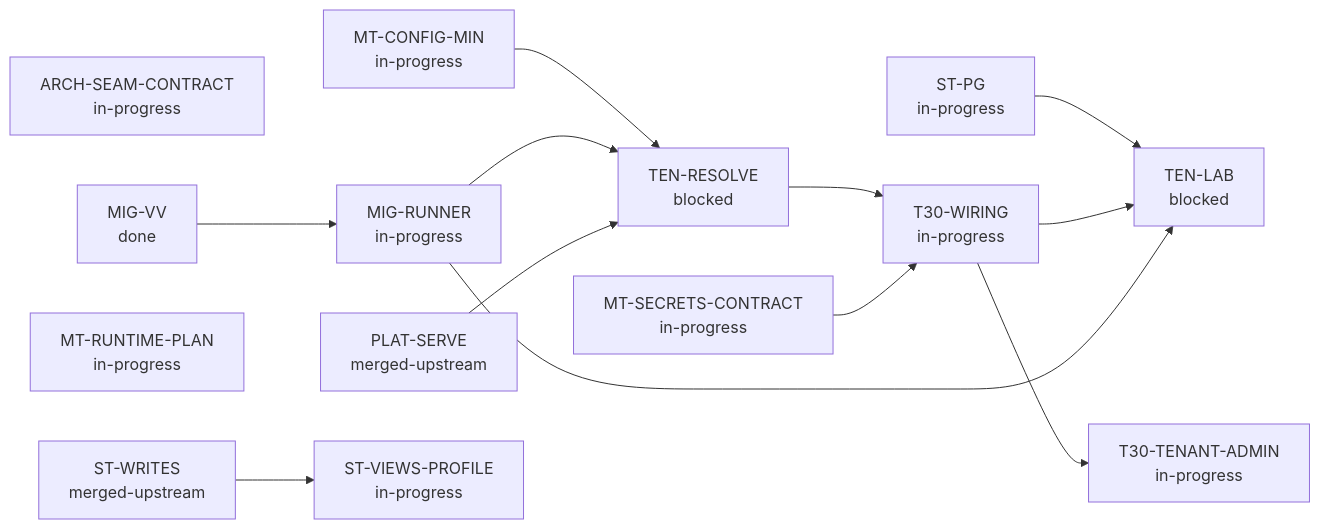
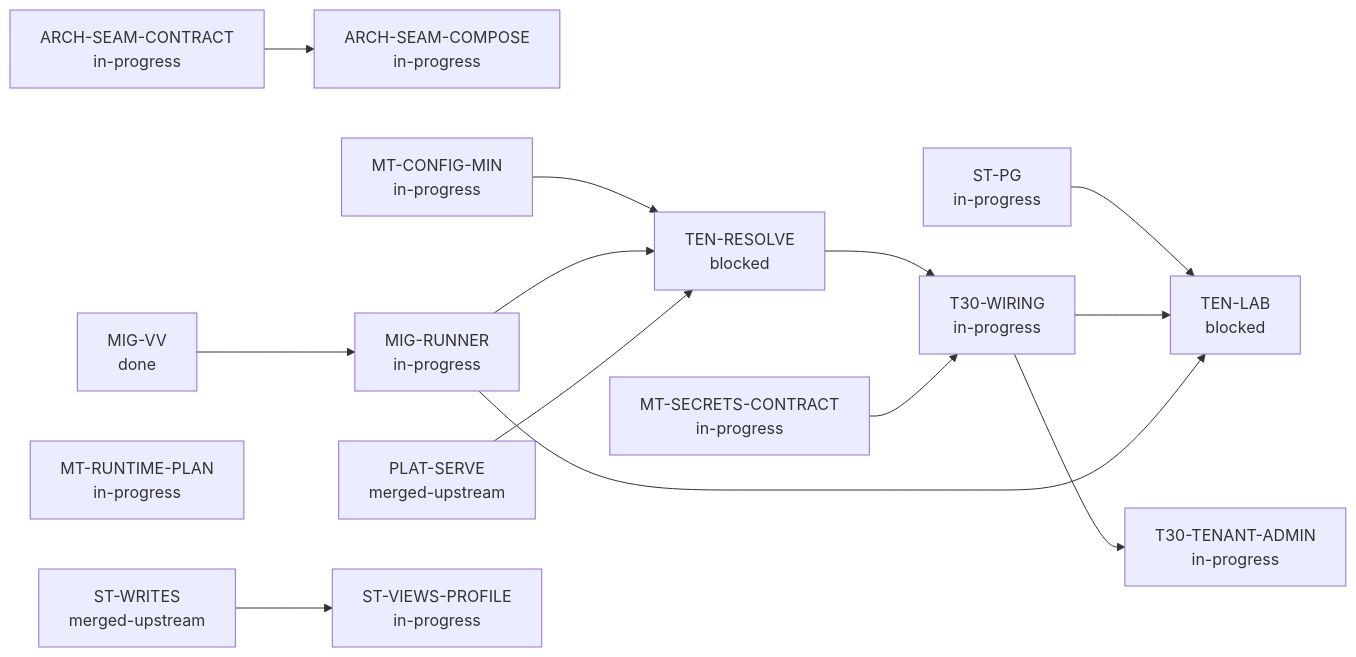
One commit to bewest/rag-nightscout-ecosystem-alignment changed the second of 2 diagrams in docs/30-design/tenancy/multitenant-delivery-dashboard.md. Above: the diagram before and after it, drawn with Mermaid. The commit also changed other lines of this file and 17 other files, not shown here.

````diff
--- a/docs/30-design/tenancy/multitenant-delivery-dashboard.md
+++ b/docs/30-design/tenancy/multitenant-delivery-dashboard.md
@@ -63,28 +63,30 @@
 ```mermaid
 flowchart LR
+  ARCH-SEAM-COMPOSE["ARCH-SEAM-COMPOSE<br/>in-progress"]
   ARCH-SEAM-CONTRACT["ARCH-SEAM-CONTRACT<br/>in-progress"]
   MIG-RUNNER["MIG-RUNNER<br/>in-progress"]
   MIG-VV["MIG-VV<br/>done"]
   MT-CONFIG-MIN["MT-CONFIG-MIN<br/>in-progress"]
   MT-RUNTIME-PLAN["MT-RUNTIME-PLAN<br/>in-progress"]
   MT-SECRETS-CONTRACT["MT-SECRETS-CONTRACT<br/>in-progress"]
   PLAT-SERVE["PLAT-SERVE<br/>merged-upstream"]
   ST-PG["ST-PG<br/>in-progress"]
   ST-VIEWS-PROFILE["ST-VIEWS-PROFILE<br/>in-progress"]
   ST-WRITES["ST-WRITES<br/>merged-upstream"]
   T30-TENANT-ADMIN["T30-TENANT-ADMIN<br/>in-progress"]
   T30-WIRING["T30-WIRING<br/>in-progress"]
   TEN-LAB["TEN-LAB<br/>blocked"]
   TEN-RESOLVE["TEN-RESOLVE<br/>blocked"]
+  ARCH-SEAM-CONTRACT --> ARCH-SEAM-COMPOSE
   MIG-VV --> MIG-RUNNER
   ST-WRITES --> ST-VIEWS-PROFILE
   T30-WIRING --> T30-TENANT-ADMIN
   TEN-RESOLVE --> T30-WIRING
   MT-SECRETS-CONTRACT --> T30-WIRING
   ST-PG --> TEN-LAB
   T30-WIRING --> TEN-LAB
   MIG-RUNNER --> TEN-LAB
   MT-CONFIG-MIN --> TEN-RESOLVE
   MIG-RUNNER --> TEN-RESOLVE
   PLAT-SERVE --> TEN-RESOLVE
 ```
````
